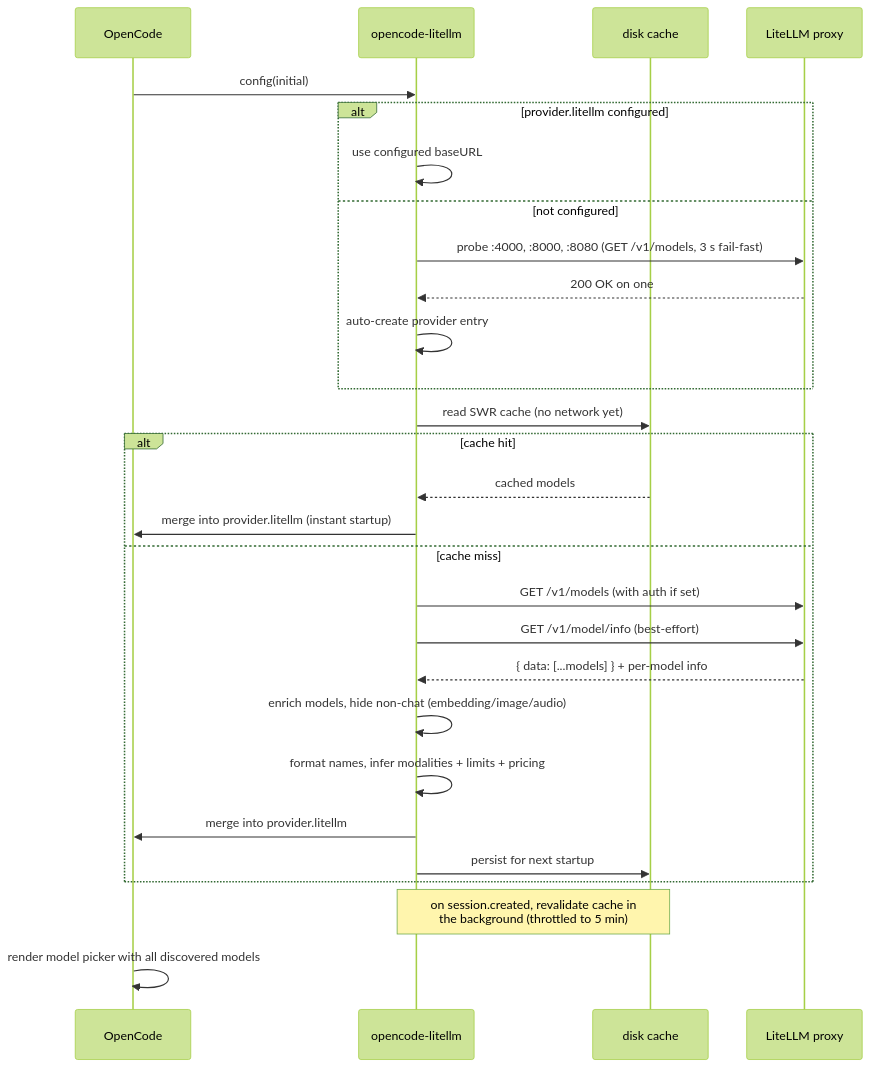
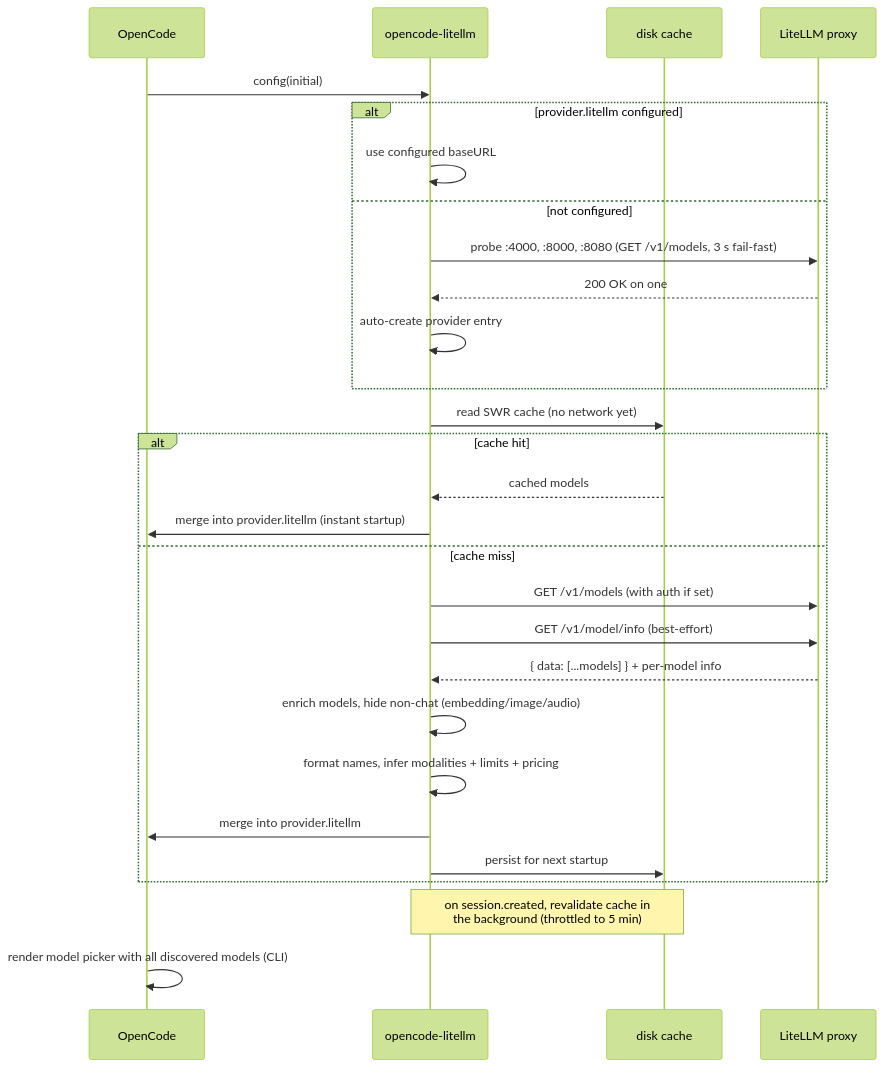
The diagram in README.md (AlexanderWillner/opencode-litellm), drawn with Mermaid (forest theme) before and after one commit. The commit also changed other lines of this file, not shown here.

````diff
--- a/README.md
+++ b/README.md
@@ -311,31 +311,31 @@
 ```mermaid
 sequenceDiagram
     participant OC as OpenCode
     participant Plugin as opencode-litellm
     participant Cache as disk cache
     participant LL as LiteLLM proxy
 
     OC->>Plugin: config(initial)
     alt provider.litellm configured
         Plugin->>Plugin: use configured baseURL
     else not configured
         Plugin->>LL: probe :4000, :8000, :8080 (GET /v1/models, 3 s fail-fast)
         LL-->>Plugin: 200 OK on one
         Plugin->>Plugin: auto-create provider entry
     end
     Plugin->>Cache: read SWR cache (no network yet)
     alt cache hit
         Cache-->>Plugin: cached models
         Plugin->>OC: merge into provider.litellm (instant startup)
     else cache miss
         Plugin->>LL: GET /v1/models (with auth if set)
         Plugin->>LL: GET /v1/model/info (best-effort)
         LL-->>Plugin: { data: [...models] } + per-model info
         Plugin->>Plugin: enrich models, hide non-chat (embedding/image/audio)
         Plugin->>Plugin: format names, infer modalities + limits + pricing
         Plugin->>OC: merge into provider.litellm
         Plugin->>Cache: persist for next startup
     end
     Note over Plugin,Cache: on session.created, revalidate cache in<br/>the background (throttled to 5 min)
-    OC->>OC: render model picker with all discovered models
+    OC->>OC: render model picker with all discovered models (CLI)
 ```
````
